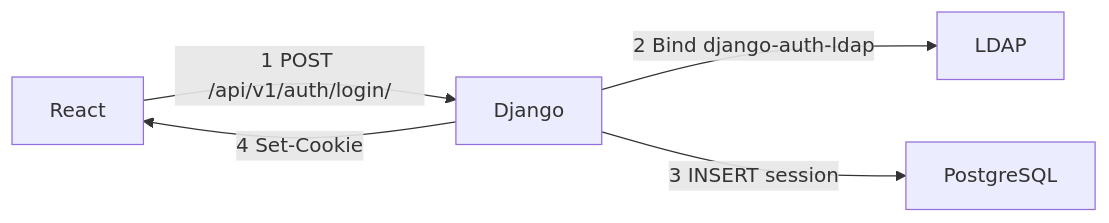
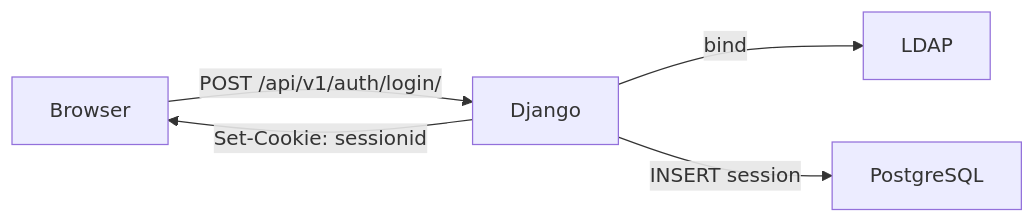
Before and after one commit to QWERTYPIG/2026-NASA3-Mail-Subscription: the first of 4 diagrams in README.md, drawn with Mermaid. The commit also changed other lines of this file, not shown here.

````diff
--- a/README.md
+++ b/README.md
@@ -26,7 +53,7 @@
 ```mermaid
 flowchart LR
-  React["React"] -->|1 POST /api/v1/auth/login/| Django["Django"]
-  Django -->|2 Bind django-auth-ldap| LDAP["LDAP"]
-  Django -->|3 INSERT session| PostgreSQL["PostgreSQL"]
-  Django -->|4 Set-Cookie| React
+  Browser -->|POST /api/v1/auth/login/| Django
+  Django -->|bind| LDAP
+  Django -->|INSERT session| PostgreSQL
+  Django -->|Set-Cookie: sessionid| Browser
 ```
````
